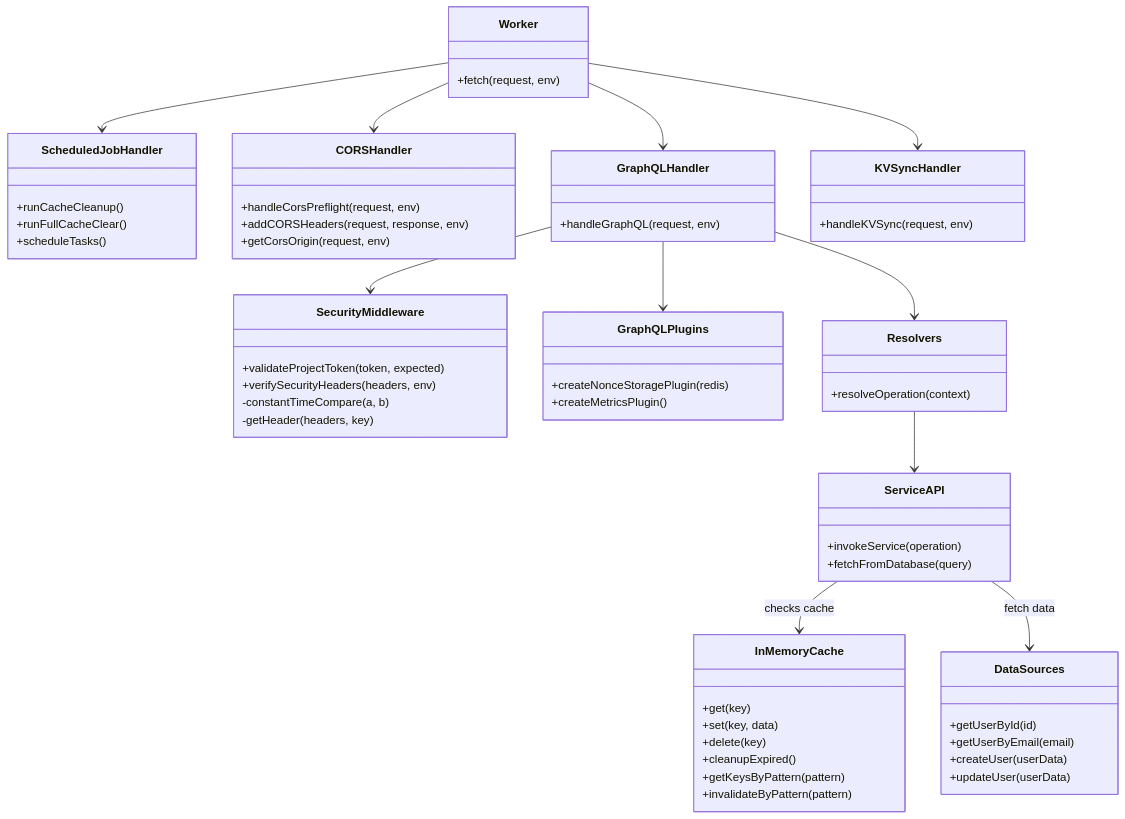
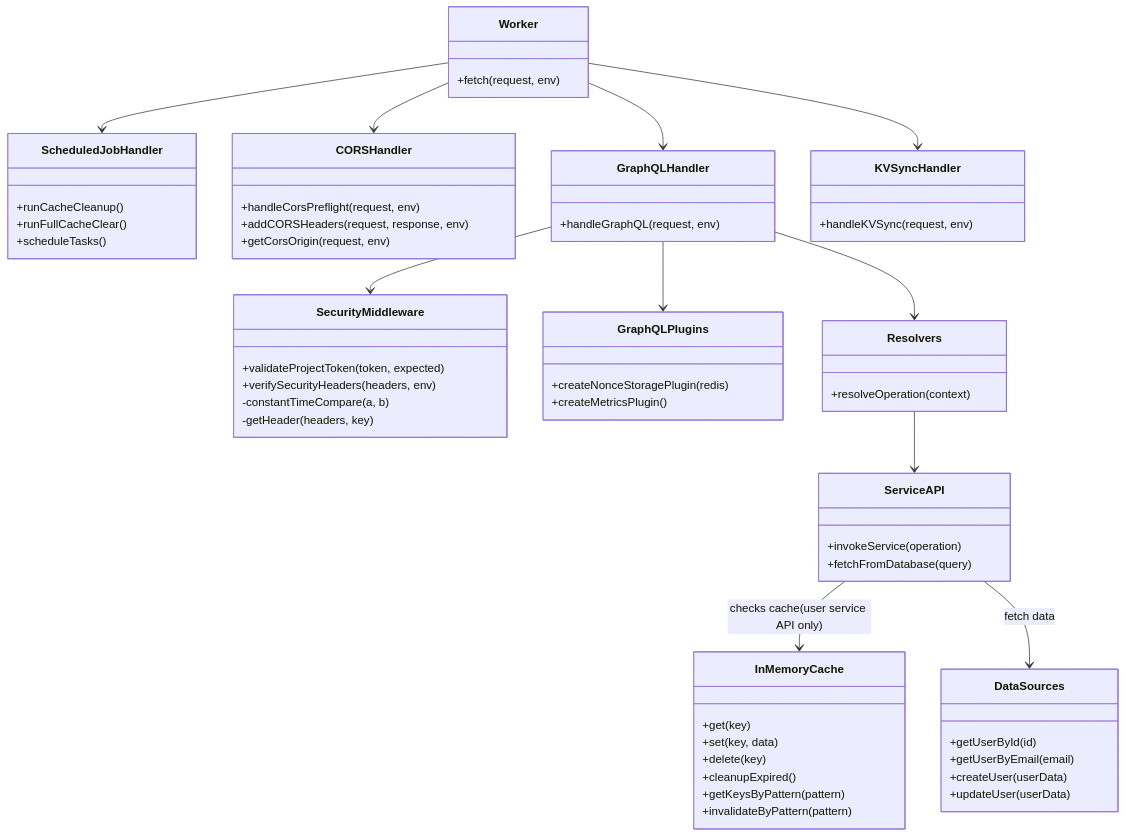
Before and after one commit to vinodhj/expense-microservices: the seventh of 15 diagrams in docs/user-services.md, drawn with Mermaid. The commit also changed other lines of this file, not shown here.

Commit message:
mermaid tweaks-6

````diff
--- a/docs/user-services.md
+++ b/docs/user-services.md
@@ -389,76 +389,76 @@
 ```mermaid
 classDiagram
     class Worker {
         +fetch(request, env)
     }
 
     class ScheduledJobHandler {
         +runCacheCleanup()
         +runFullCacheClear()
         +scheduleTasks()
     }
 
     class CORSHandler {
         +handleCorsPreflight(request, env)
         +addCORSHeaders(request, response, env)
         +getCorsOrigin(request, env)
     }
 
     class GraphQLHandler {
         +handleGraphQL(request, env)
     }
 
     class KVSyncHandler {
         +handleKVSync(request, env)
     }
 
     class SecurityMiddleware {
         +validateProjectToken(token, expected)
         +verifySecurityHeaders(headers, env)
         -constantTimeCompare(a, b)
         -getHeader(headers, key)
     }
 
     class GraphQLPlugins {
         +createNonceStoragePlugin(redis)
         +createMetricsPlugin()
     }
 
     class Resolvers {
         +resolveOperation(context)
     }
 
     class ServiceAPI {
         +invokeService(operation)
         +fetchFromDatabase(query)
     }
 
     class InMemoryCache {
         +get(key)
         +set(key, data)
         +delete(key)
         +cleanupExpired()
         +getKeysByPattern(pattern)
         +invalidateByPattern(pattern)
     }
 
     class DataSources {
         +getUserById(id)
         +getUserByEmail(email)
         +createUser(userData)
         +updateUser(userData)
     }
 
     Worker --> CORSHandler
     Worker --> GraphQLHandler
     Worker --> KVSyncHandler
     Worker --> ScheduledJobHandler
 
     GraphQLHandler --> SecurityMiddleware
     GraphQLHandler --> GraphQLPlugins
     GraphQLHandler --> Resolvers
 
     Resolvers --> ServiceAPI
-    ServiceAPI --> InMemoryCache: checks cache
+    ServiceAPI --> InMemoryCache: checks cache(user service API only)
     ServiceAPI --> DataSources: fetch data
 ```
````
